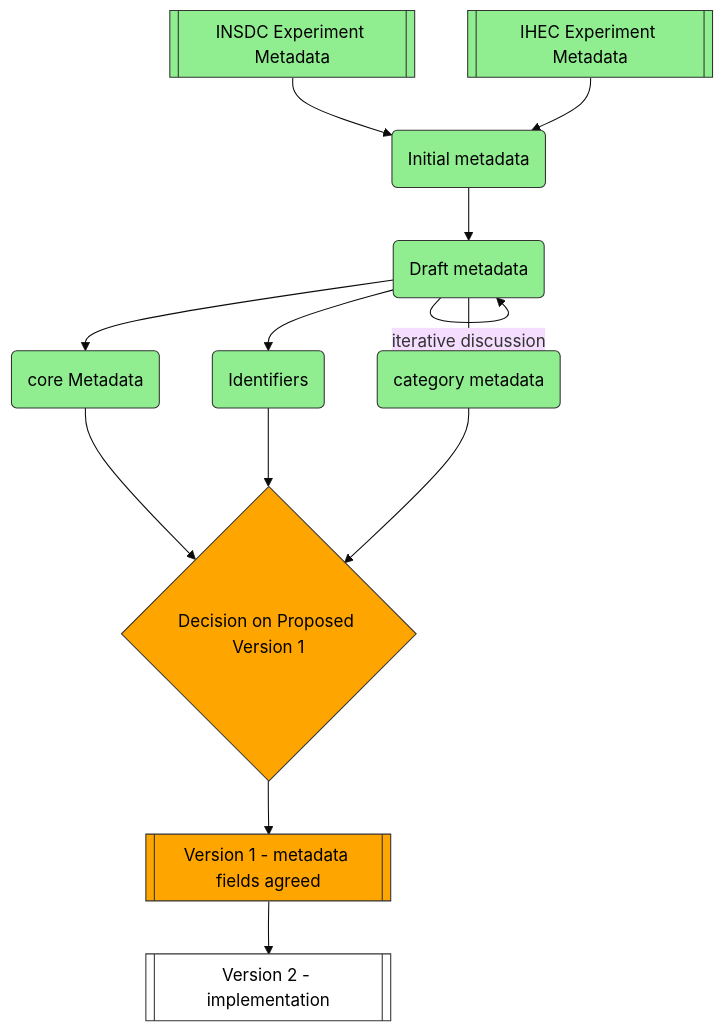
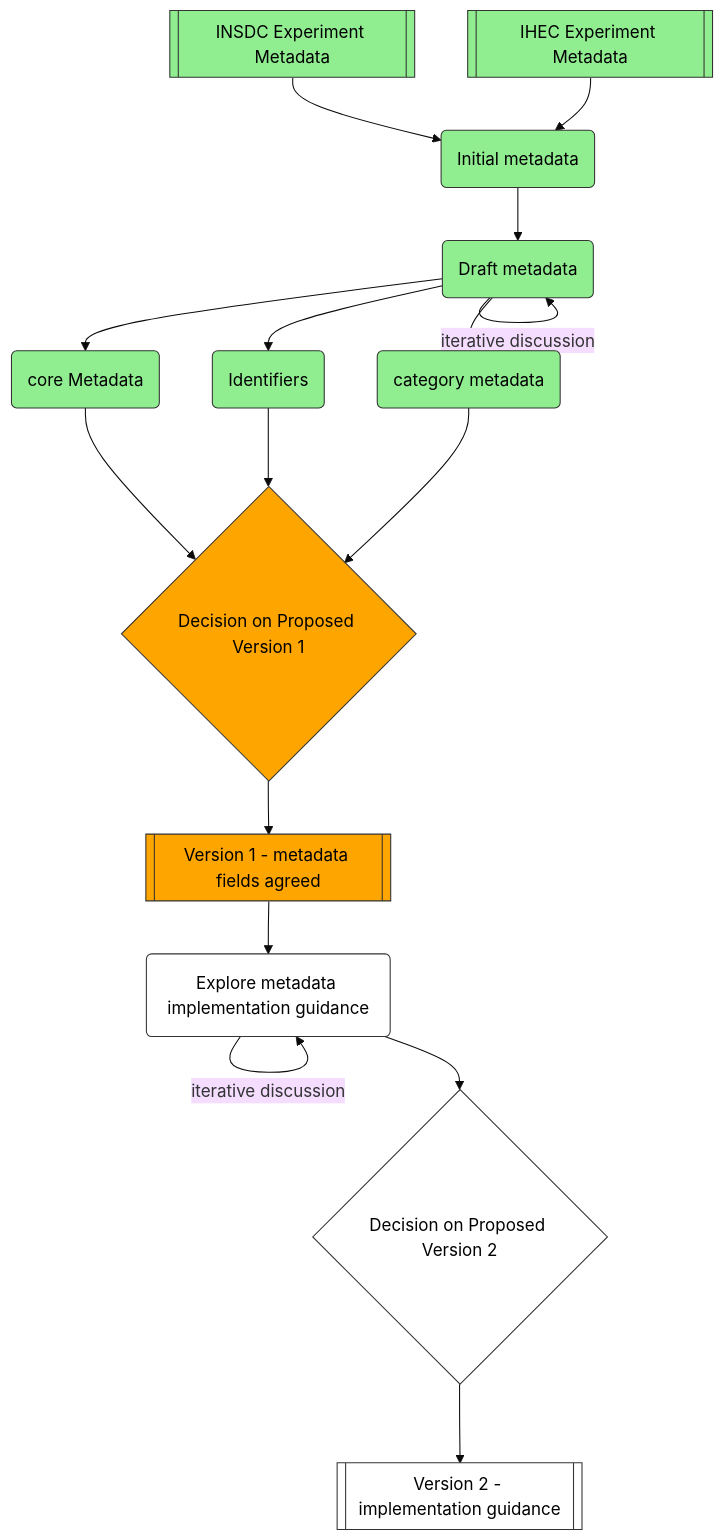
Before and after one commit to ga4gh/experiments-metadata: the diagram in documentation/progress.md, drawn with Mermaid (base theme).

Commit message:
update progress flow diagram

````diff
--- a/documentation/progress.md
+++ b/documentation/progress.md
@@ -4,30 +4,34 @@
 ```mermaid
 flowchart
     INSDC[[INSDC Experiment Metadata]]-->initial
     IHEC[[IHEC Experiment Metadata]]-->initial
     initial(Initial metadata)-->drafting
     drafting(Draft metadata)--iterative discussion-->drafting
     drafting-->core
     drafting-->ids
     drafting-->cats
     core(core Metadata)
     ids(Identifiers)
     core-->v1_decis
     ids-->v1_decis
     cats(category metadata)-->v1_decis
     v1_decis{Decision on Proposed Version 1}
     v1_decis-->v1
-    v1[[Version 1 - metadata fields agreed]]-->v2
-    
-    v2[[Version 2 - implementation]]
+    v1[[Version 1 - metadata fields agreed]]-->drafting_imp
+    drafting_imp(Explore metadata implementation guidance)--iterative discussion-->drafting_imp
+    drafting_imp-->v2_decis
+    v2_decis{Decision on Proposed Version 2}-->v2
+    v2[[Version 2 - implementation guidance]]
 
     %% Styling: default all nodes green; v1 orange; v2 white
     classDef default fill:#90EE90,stroke:#333,stroke-width:1px,color:#000;
     classDef in_progress fill:orange,stroke:#333,stroke-width:1px,color:#000;
     class v1_decis in_progress;
     class v1 in_progress;
-    classDef v2white fill:#FFFFFF,stroke:#333,stroke-width:1px,color:#000;
-    class v2 v2white;
+    classDef to_do fill:#FFFFFF,stroke:#333,stroke-width:1px,color:#000;
+    class v2 to_do;
+    class v2_decis to_do;
+    class drafting_imp to_do;
     
     
 ```
````
